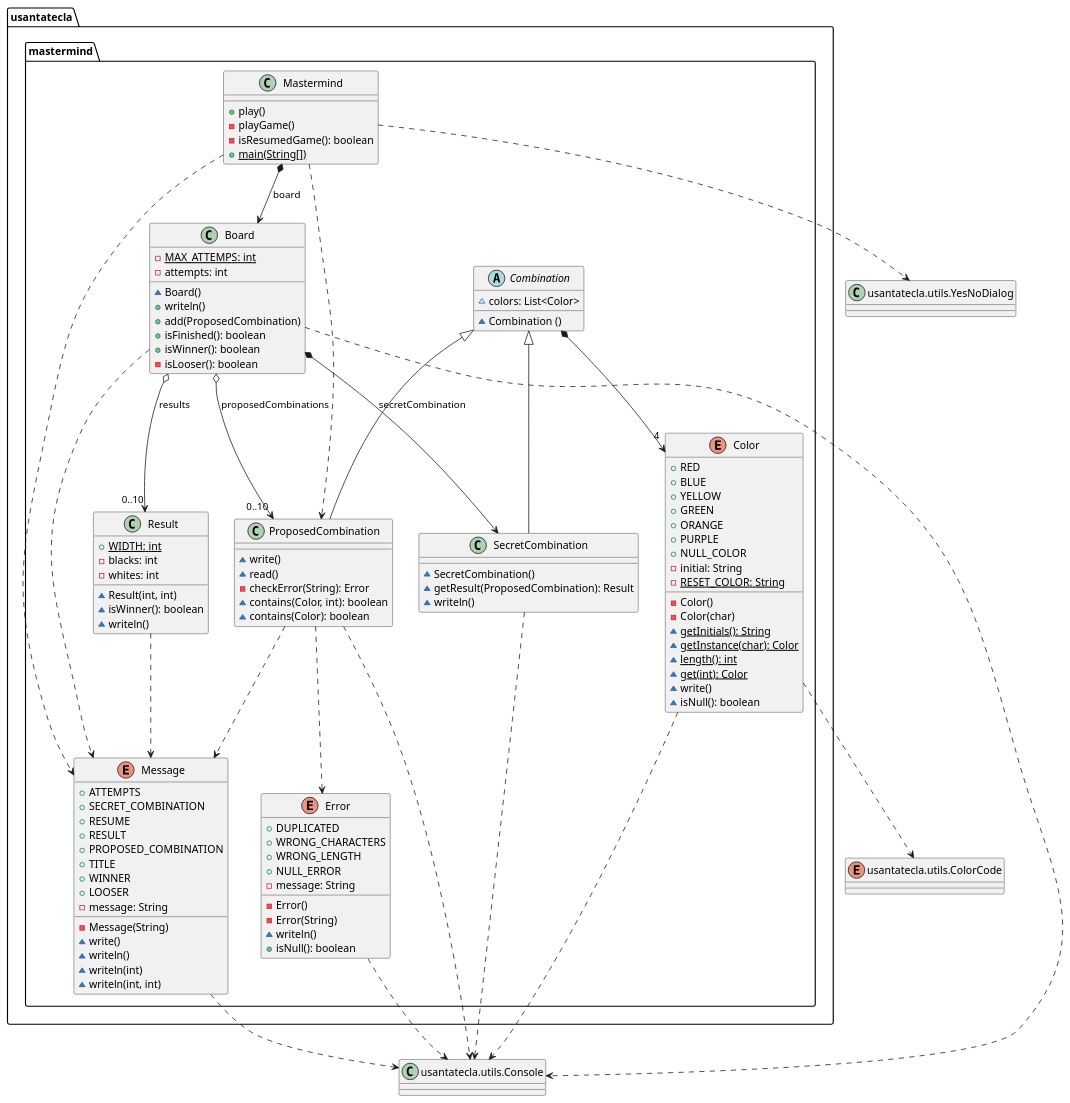
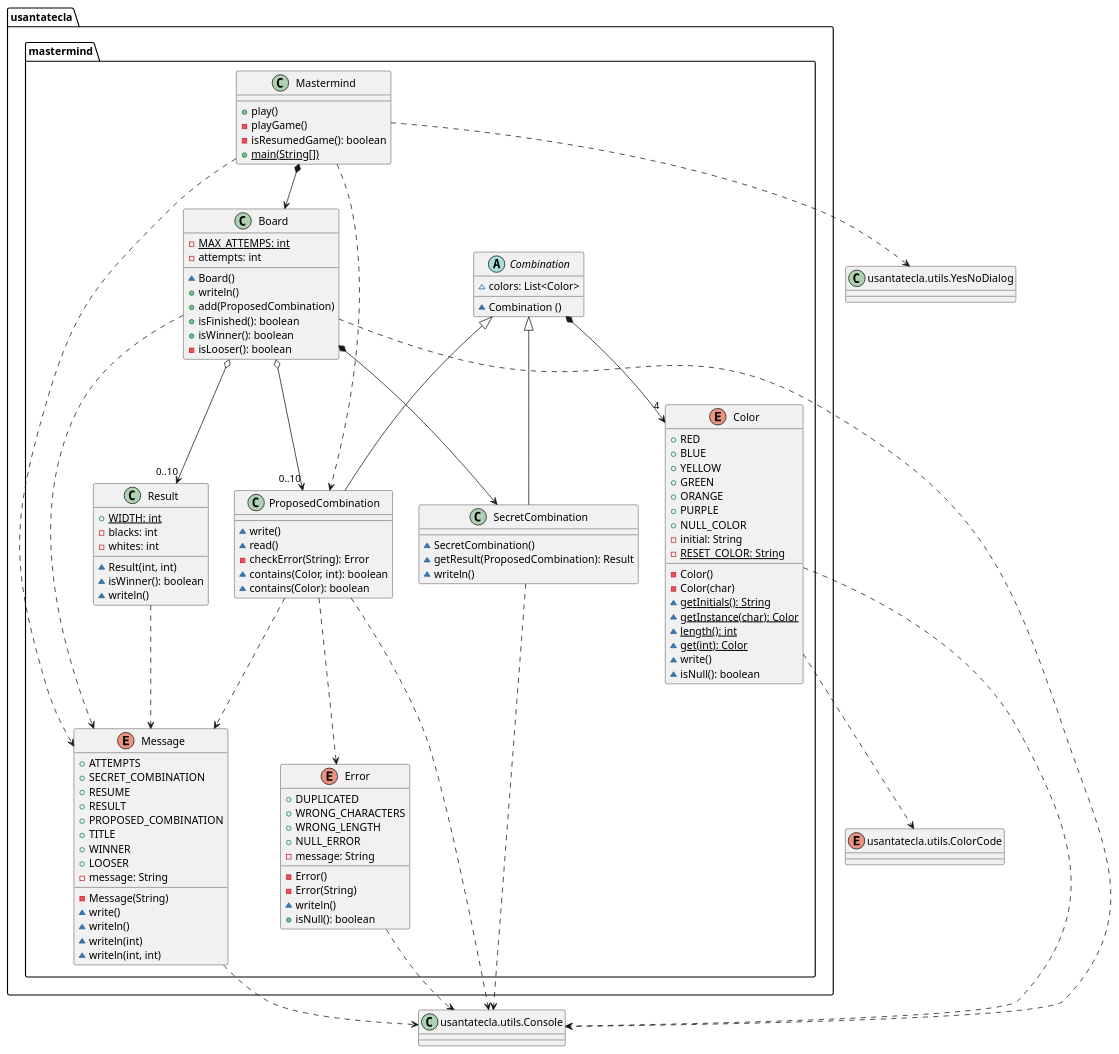
The first of 2 diagrams in domainModel/docs/diagrams/src/paquetes.plantuml (SantaTecla-mastermind/solution.java.swing.socket.sql), drawn with PlantUML before and after one commit. The commit also changed other lines of this file and 2 other files, not shown here.

Commit message:
DomainModel diagrams finished

```diff
--- a/domainModel/docs/diagrams/src/paquetes.plantuml
+++ b/domainModel/docs/diagrams/src/paquetes.plantuml
@@ -1,146 +1,146 @@
 @startuml mastermind
 package usantatecla.mastermind {
 class Mastermind {
 	+ play()
 	- playGame()
 	- isResumedGame(): boolean 
 	+ {static} main(String[])
 }
 
 
 class Board {
   - MAX_ATTEMPS: {static} int 
   - attempts: int 
   ~ Board()
   + writeln()
   + add(ProposedCombination)
   + isFinished(): boolean 
   + isWinner(): boolean 
   - isLooser(): boolean 
 }
 
 abstract class Combination {
 	~ colors: List<Color> 
 	~ Combination ()
 }
 
 class SecretCombination {
 	~ SecretCombination()
 	~ getResult(ProposedCombination): Result 
 	~ writeln()
 }
 
 class ProposedCombination {
 	~write()
 	~read()
 	- checkError(String): Error 
 	~ contains(Color, int): boolean 
 	~ contains(Color): boolean 
 }
 
 class Result{
 	+ WIDTH: {static} int 
 	- blacks: int 
 	- whites: int 
 	~ Result(int, int)
 	~ isWinner(): boolean 
 	~ writeln()
 }
 
 enum Color {
 	+ RED
 	+ BLUE
 	+ YELLOW
 	+ GREEN
 	+ ORANGE
 	+ PURPLE
 	+ NULL_COLOR
 	- initial: String 
 	- RESET_COLOR: {static} String 
 	- Color()
 	- Color(char)
 	~ {static} getInitials(): String 
 	~ {static} getInstance(char): Color
 	~ {static} length(): int 
 	~ {static} get(int): Color 
 	~ write()
 	~ isNull(): boolean 
 }
 
 enum Error {
 	+ DUPLICATED
 	+ WRONG_CHARACTERS
 	+ WRONG_LENGTH
 	+ NULL_ERROR
 	- message: String
 	- Error()
 	- Error(String)
 	~ writeln()
 	+ isNull(): boolean 
 }
 
 enum Message {
 	+ ATTEMPTS
 	+ SECRET_COMBINATION
 	+ RESUME
 	+ RESULT
 	+ PROPOSED_COMBINATION
 	+ TITLE
 	+ WINNER
 	+ LOOSER
 	- message: String 
 	- Message(String)
 	~ write()
 	~ writeln()
 	~ writeln(int)
 	~ writeln(int, int)
 }
 
 
 
-Mastermind *-down-> Board : board
+Mastermind *-down-> Board 
 Mastermind .down.> ProposedCombination
-Board *-down-> SecretCombination : secretCombination
-Board o-down-> "0..10" ProposedCombination : proposedCombinations
-Board o-down-> "0..10" Result : results
+Board *-down-> SecretCombination 
+Board o-down-> "0..10" ProposedCombination 
+Board o-down-> "0..10" Result 
 
 Combination *-down-> "4" Color 
 Combination <|-down- SecretCombination
 Combination <|-down- ProposedCombination
 ProposedCombination .down.> Error
 
 
 Mastermind .down.> Message
 Board .down.> Message
 ProposedCombination .down.> Message
 Result .down.> Message
 
 }
 
 
 
 class Console as "usantatecla.utils.Console" {
 
 
 }
 
 class YesNoDialog as "usantatecla.utils.YesNoDialog" {
 
 }
 
 enum ColorCode as "usantatecla.utils.ColorCode" {
 
 }
 
 
 
 
 Board .down.> Console
 Color .down.> Console
 Color .down.> ColorCode 
 Error .down.> Console
 Message .down.> Console
 ProposedCombination .down.> Console
 SecretCombination .down.> Console
 Mastermind .down.> YesNoDialog
 @enduml
```
